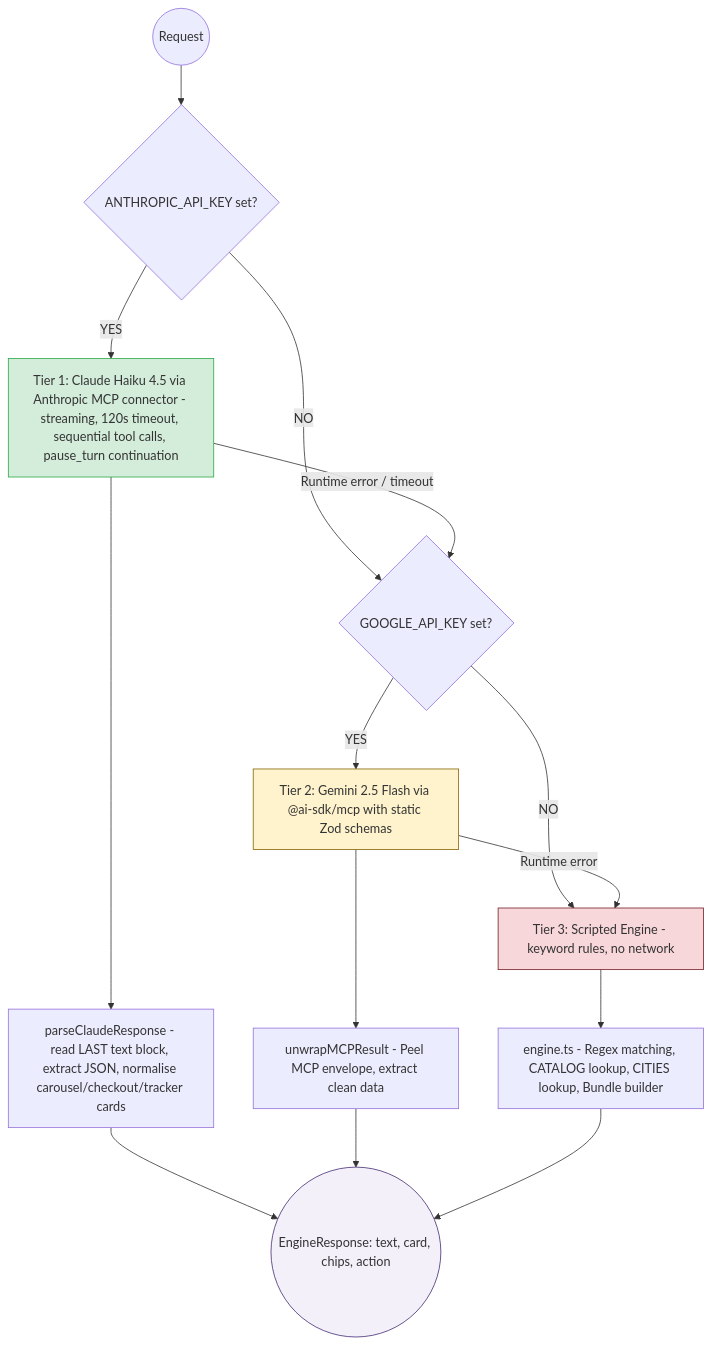
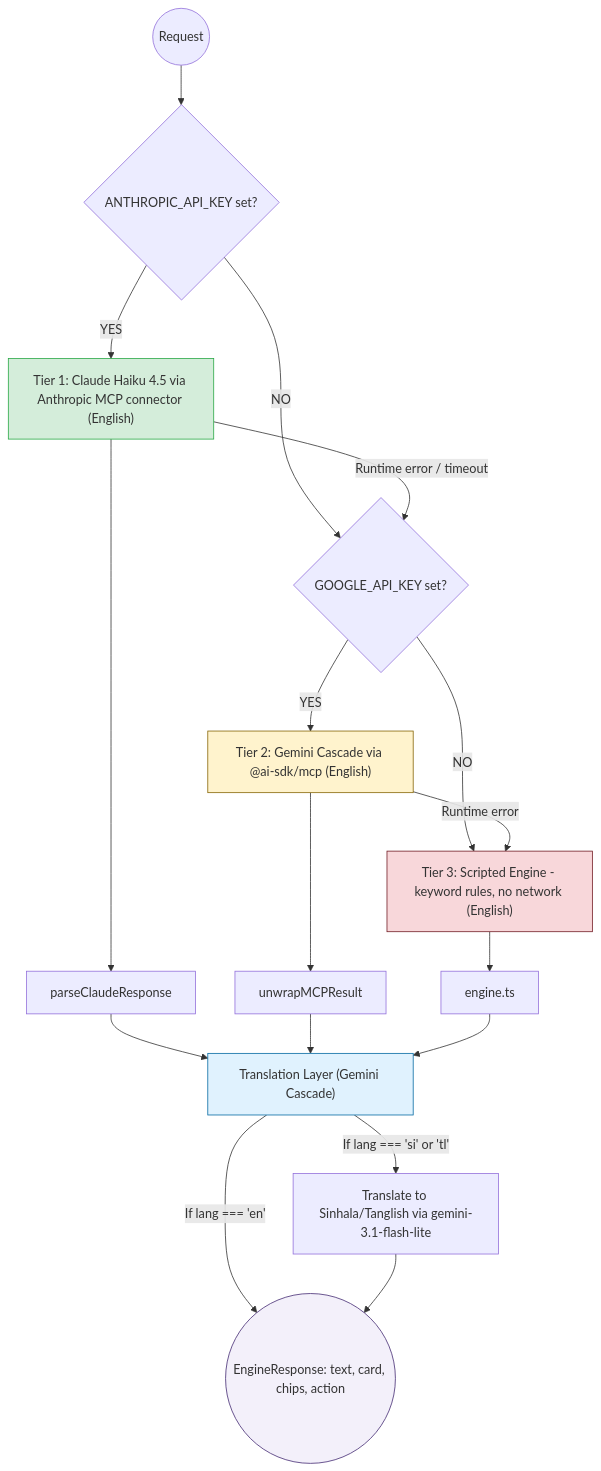
One commit to LasaKaru/kapri changed the third of 8 diagrams in README.md. Above: the diagram before and after it, drawn with Mermaid. The commit also changed other lines of this file and 18 other files, not shown here.

Commit message:
implement multi-model Gemini fallback cascade and translation layer for Sinhala/Tanglish support with structured MCP response parsing. and updated documents

````diff
--- a/README.md
+++ b/README.md
@@ -210,27 +222,32 @@
 ```mermaid
 flowchart TD
     REQ(("Request")) --> CHECK1{"ANTHROPIC_API_KEY set?"}
 
-    CHECK1 -- YES --> T1["Tier 1: Claude Haiku 4.5 via Anthropic MCP connector - streaming, 120s timeout, sequential tool calls, pause_turn continuation"]
+    CHECK1 -- YES --> T1["Tier 1: Claude Haiku 4.5 via Anthropic MCP connector (English)"]
     CHECK1 -- NO --> CHECK2
 
     T1 --"Runtime error / timeout"--> CHECK2{"GOOGLE_API_KEY set?"}
-    T1 --> PARSE["parseClaudeResponse - read LAST text block, extract JSON, normalise carousel/checkout/tracker cards"]
+    T1 --> PARSE["parseClaudeResponse"]
 
-    CHECK2 -- YES --> T2["Tier 2: Gemini 2.5 Flash via @ai-sdk/mcp with static Zod schemas"]
+    CHECK2 -- YES --> T2["Tier 2: Gemini Cascade via @ai-sdk/mcp (English)"]
     CHECK2 -- NO --> T3
 
-    T2 --"Runtime error"--> T3["Tier 3: Scripted Engine - keyword rules, no network"]
-    T2 --> UNWRAP["unwrapMCPResult - Peel MCP envelope, extract clean data"]
+    T2 --"Runtime error"--> T3["Tier 3: Scripted Engine - keyword rules, no network (English)"]
+    T2 --> UNWRAP["unwrapMCPResult"]
 
-    T3 --> ENG["engine.ts - Regex matching, CATALOG lookup, CITIES lookup, Bundle builder"]
+    T3 --> ENG["engine.ts"]
 
-    PARSE --> RES(("EngineResponse: text, card, chips, action"))
-    UNWRAP --> RES
-    ENG --> RES
+    PARSE --> TRANS["Translation Layer (Gemini Cascade)"]
+    UNWRAP --> TRANS
+    ENG --> TRANS
+    
+    TRANS --"If lang === 'si' or 'tl'"--> TRANSLATE["Translate to Sinhala/Tanglish via gemini-3.1-flash-lite"]
+    TRANS --"If lang === 'en'"--> RES(("EngineResponse: text, card, chips, action"))
+    TRANSLATE --> RES
 
     style T1 fill:#d4edda,stroke:#28a745
     style T2 fill:#fff3cd,stroke:#856404
     style T3 fill:#f8d7da,stroke:#721c24
+    style TRANS fill:#e0f2fe,stroke:#0369a1
     style RES fill:#f3f0fa,stroke:#442A73
 ```
````
